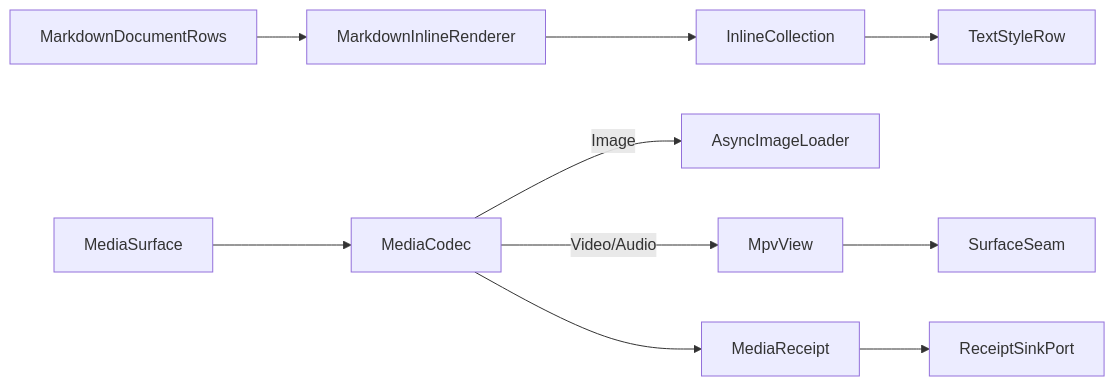
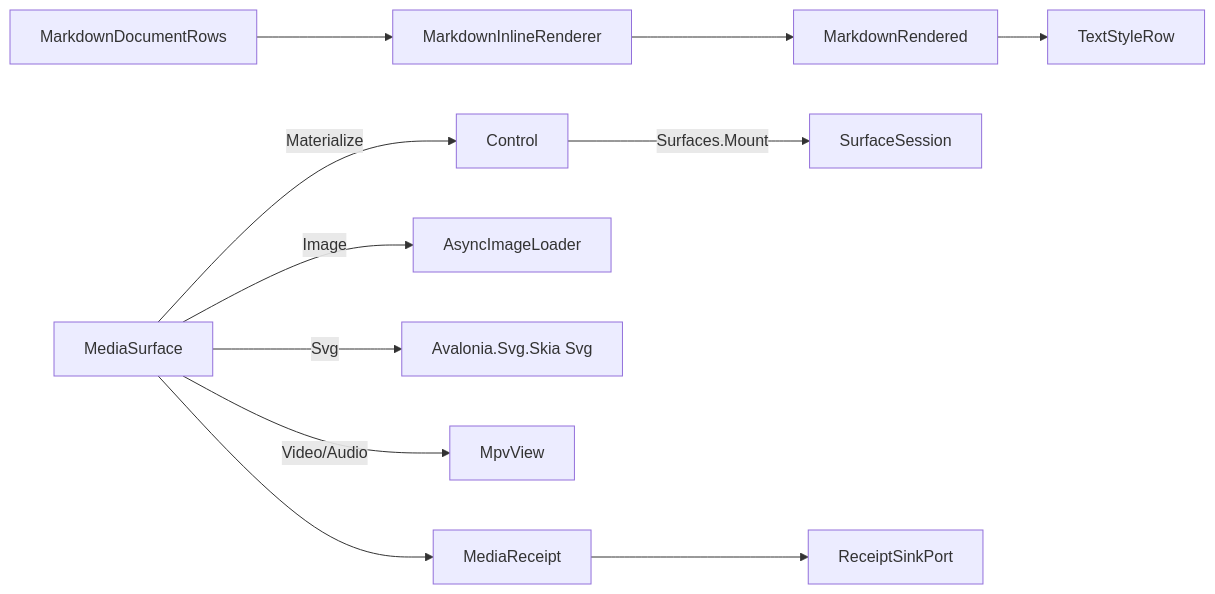
Before and after one commit to bsamiee/Rasm: the diagram in libs/csharp/Rasm.AppUi/.planning/Document/media.md, drawn with Mermaid. The commit also changed other lines of this file and 46 other files, not shown here.

Commit message:
snapshot: rebuild wf mid-run planning output + mermaid render lane stale-env hardening

````diff
--- a/libs/csharp/Rasm.AppUi/.planning/Document/media.md
+++ b/libs/csharp/Rasm.AppUi/.planning/Document/media.md
@@ -195,12 +255,13 @@
 ```mermaid
 flowchart LR
     MarkdownDocumentRows --> MarkdownInlineRenderer
-    MarkdownInlineRenderer --> InlineCollection
-    InlineCollection --> TextStyleRow
-    MediaSurface --> MediaCodec
-    MediaCodec -->|Image| AsyncImageLoader
-    MediaCodec -->|Video/Audio| MpvView
-    MpvView --> SurfaceSeam
-    MediaCodec --> MediaReceipt
+    MarkdownInlineRenderer --> MarkdownRendered
+    MarkdownRendered --> TextStyleRow
+    MediaSurface -->|Materialize| Control
+    Control -->|Surfaces.Mount| SurfaceSession
+    MediaSurface -->|Image| AsyncImageLoader
+    MediaSurface -->|Svg| SvgControl["Avalonia.Svg.Skia Svg"]
+    MediaSurface -->|Video/Audio| MpvView
+    MediaSurface --> MediaReceipt
     MediaReceipt --> ReceiptSinkPort
 ```
````
